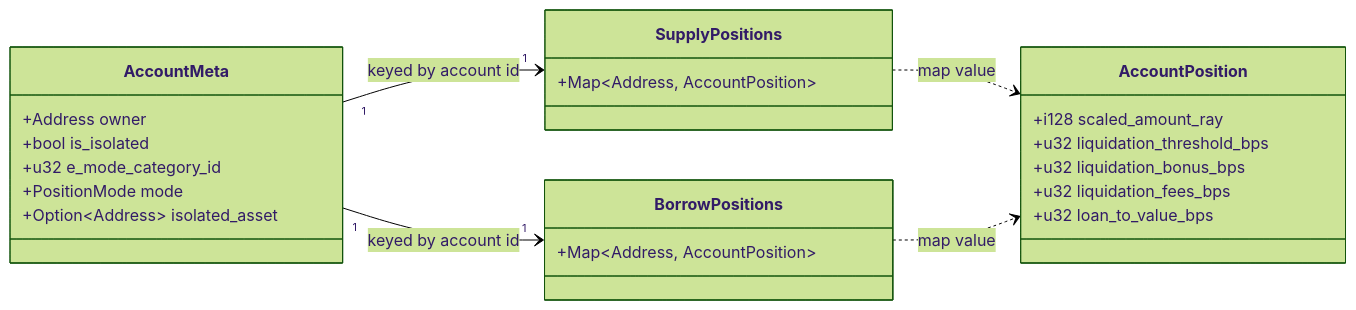
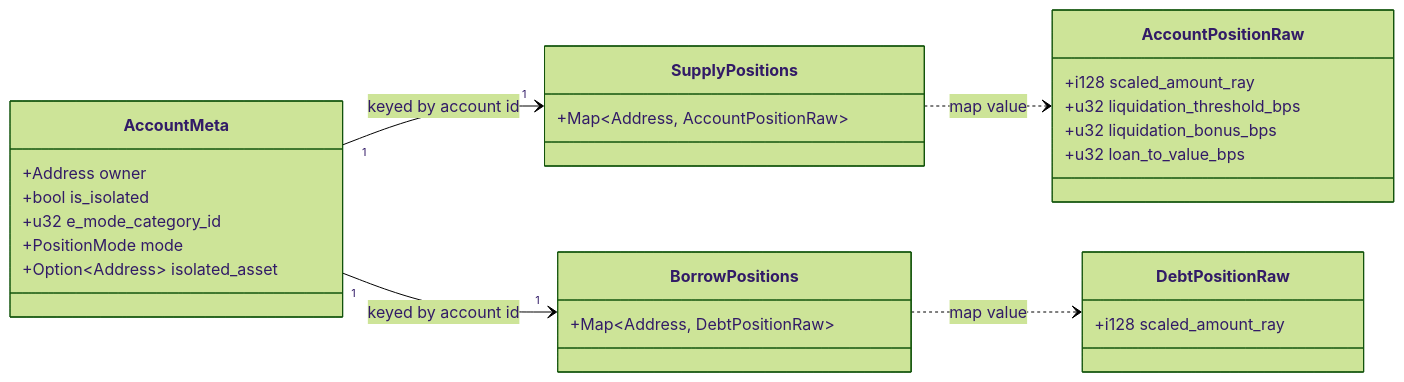
The second of 14 diagrams in SCF_BUILD_ARCHITECTURE.md (XOXNO/rs-lending-xlm), drawn with Mermaid (forest theme) before and after one commit. The commit also changed other lines of this file and 39 other files, not shown here.

First line of the commit message:
docs: resync architecture docs with code and polish for clarity

````diff
--- a/SCF_BUILD_ARCHITECTURE.md
+++ b/SCF_BUILD_ARCHITECTURE.md
@@ -206,33 +222,36 @@
 ```mermaid
 classDiagram
     direction LR
 
     class AccountMeta {
         +Address owner
         +bool is_isolated
         +u32 e_mode_category_id
         +PositionMode mode
         +Option~Address~ isolated_asset
     }
 
     class SupplyPositions {
-        +Map~Address, AccountPosition~
+        +Map~Address, AccountPositionRaw~
     }
 
     class BorrowPositions {
-        +Map~Address, AccountPosition~
+        +Map~Address, DebtPositionRaw~
     }
 
-    class AccountPosition {
+    class AccountPositionRaw {
         +i128 scaled_amount_ray
         +u32 liquidation_threshold_bps
         +u32 liquidation_bonus_bps
-        +u32 liquidation_fees_bps
         +u32 loan_to_value_bps
+    }
+
+    class DebtPositionRaw {
+        +i128 scaled_amount_ray
     }
 
     AccountMeta "1" --> "1" SupplyPositions : keyed by account id
     AccountMeta "1" --> "1" BorrowPositions : keyed by account id
-    SupplyPositions ..> AccountPosition : map value
-    BorrowPositions ..> AccountPosition : map value
+    SupplyPositions ..> AccountPositionRaw : map value
+    BorrowPositions ..> DebtPositionRaw : map value
 ```
````
